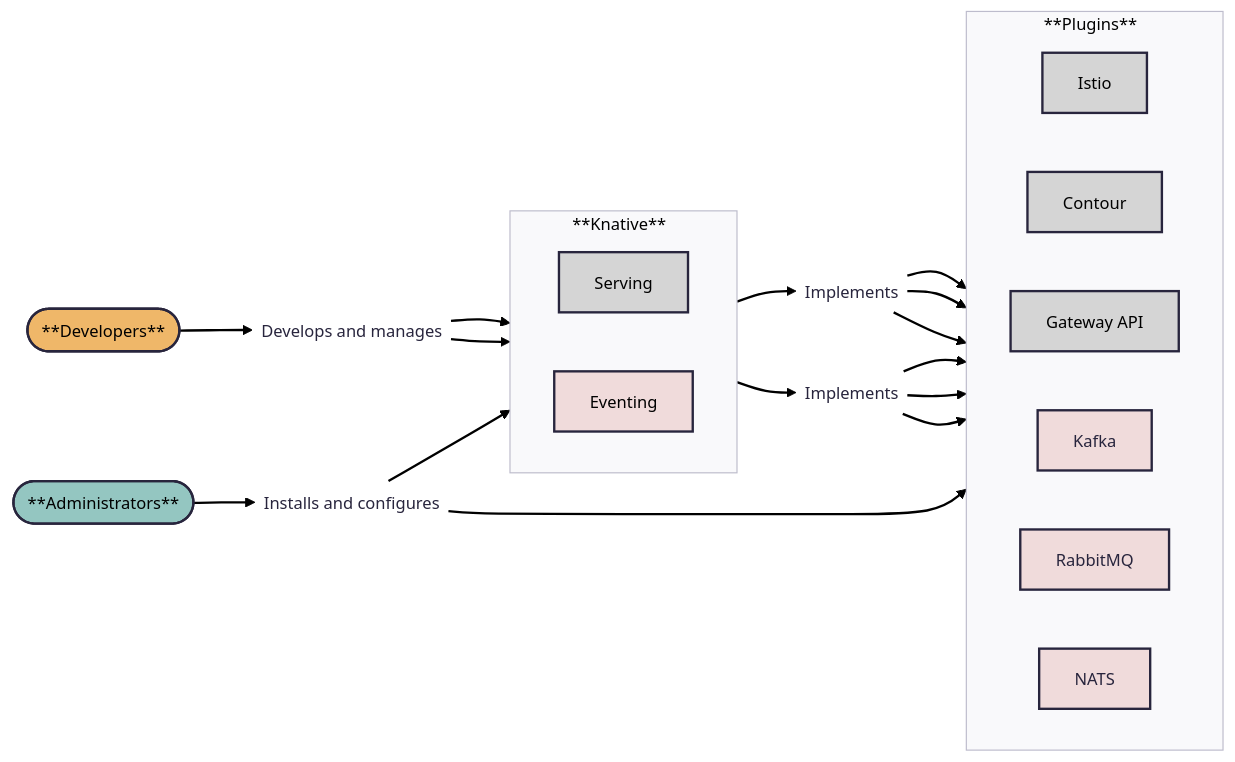
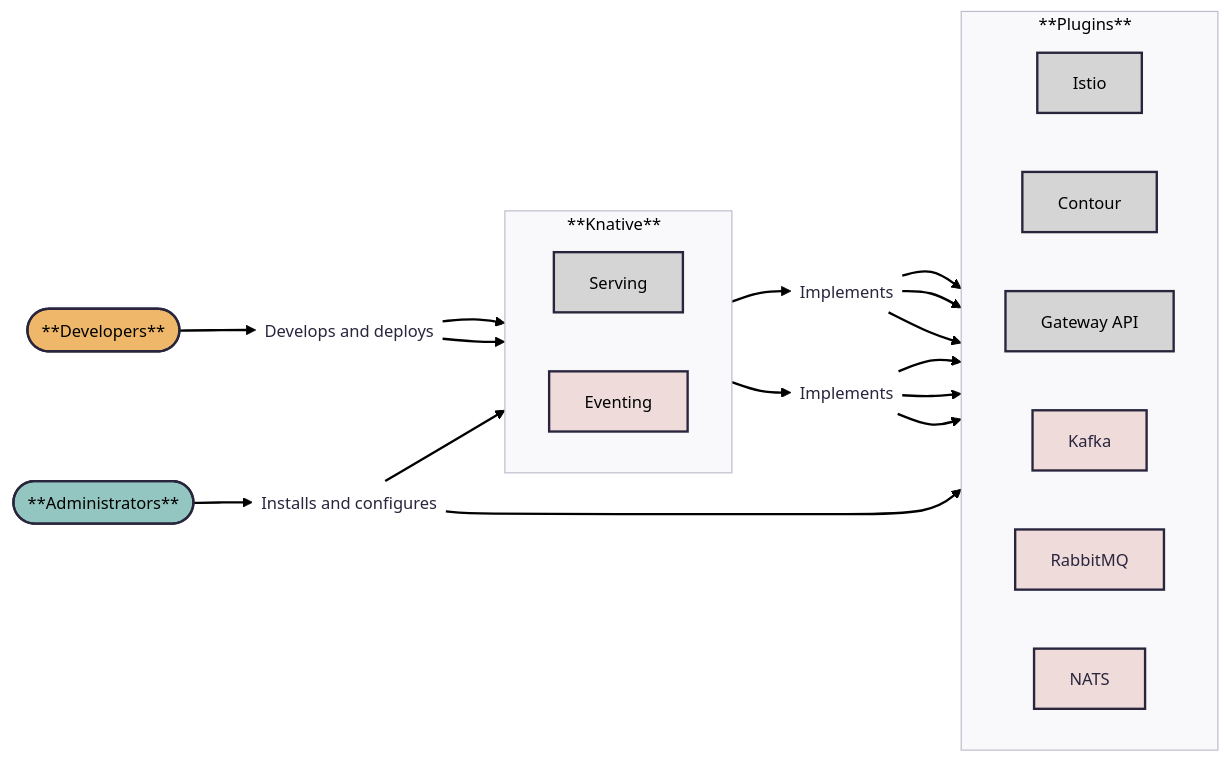
Before and after one commit to knative/docs: the diagram in docs/versioned/admin/admin-overview.md, drawn with Mermaid.

````diff
--- a/docs/versioned/admin/admin-overview.md
+++ b/docs/versioned/admin/admin-overview.md
@@ -14,52 +14,52 @@
 ```mermaid
 ---
 config:
   theme: redux
   layout: dagre
   look: classic
 ---
 flowchart LR
  subgraph Knative["**Knative**&nbsp;&nbsp;"]
     direction LR
         Serving["Serving"]
         Eventing["Eventing"]
   end
  subgraph Plugins["**Plugins**&nbsp;&nbsp;"]
     direction LR
         net-istio["Istio"]
         net-contour["Contour"]
         net-gateway-api["Gateway API"]
         event-kafka["Kafka"]
         event-rabbitmq["RabbitMQ"]
         event-nats["NATS"]
   end
-    Dev(["**Developers**"]) --> dev-acts["Develops and manages"]
+    Dev(["**Developers**"]) --> dev-acts["Develops and deploys"]
     dev-acts --> Serving & Eventing
     Admin(["**Administrators**"]) --> admin-acts["Installs and configures"]
     admin-acts --> Knative & Plugins
     Serving --> net-impl["Implements"]
     net-impl --> net-istio & net-contour & net-gateway-api
     Eventing --> event-impl["Implements"]
     event-impl --> event-kafka & event-rabbitmq & event-nats
     dev-acts@{ shape: text}
     admin-acts@{ shape: text}
     net-impl@{ shape: text}
     event-impl@{ shape: text}
     style Serving fill:#D5D5D5,color:#000000
     style Eventing fill:#F0DBDB,color:#000000
     style net-istio fill:#D5D5D5,color:#000000
     style net-contour fill:#D5D5D5,color:#000000
     style net-gateway-api fill:#D5D5D5,color:#000000
     style event-kafka fill:#F0DBDB
     style event-rabbitmq fill:#F0DBDB
     style event-nats fill:#F0DBDB
     style Dev fill:#EFB769,color:#000000
     style dev-acts fill:transparent
     style Admin fill:#94C6C1,color:#000000
     style admin-acts fill:transparent
     style Knative text-align: left
     style Plugins text-align: left
     style net-impl fill:transparent
     style event-impl fill:transparent
 
 ```
````
